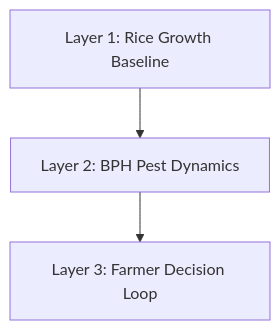
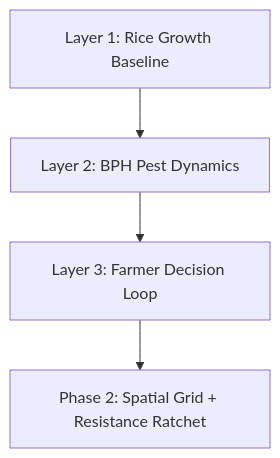
Before and after one commit to jpcabatingan/pest-management: the diagram in README.md, drawn with Mermaid. The commit also changed other lines of this file and 10 other files, not shown here.

````diff
--- a/README.md
+++ b/README.md
@@ -17,5 +7,6 @@
 ```mermaid
 graph TD
     A[Layer 1: Rice Growth Baseline] --> B[Layer 2: BPH Pest Dynamics]
     B --> C[Layer 3: Farmer Decision Loop]
+    C --> D[Phase 2: Spatial Grid + Resistance Ratchet]
 ```
````
